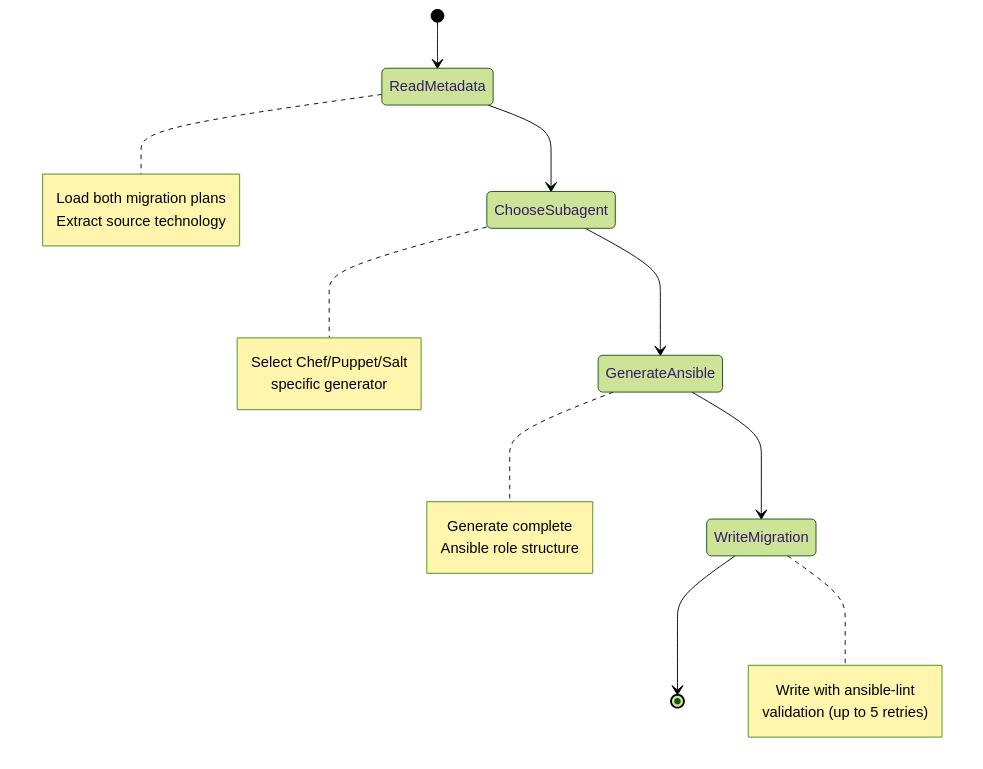
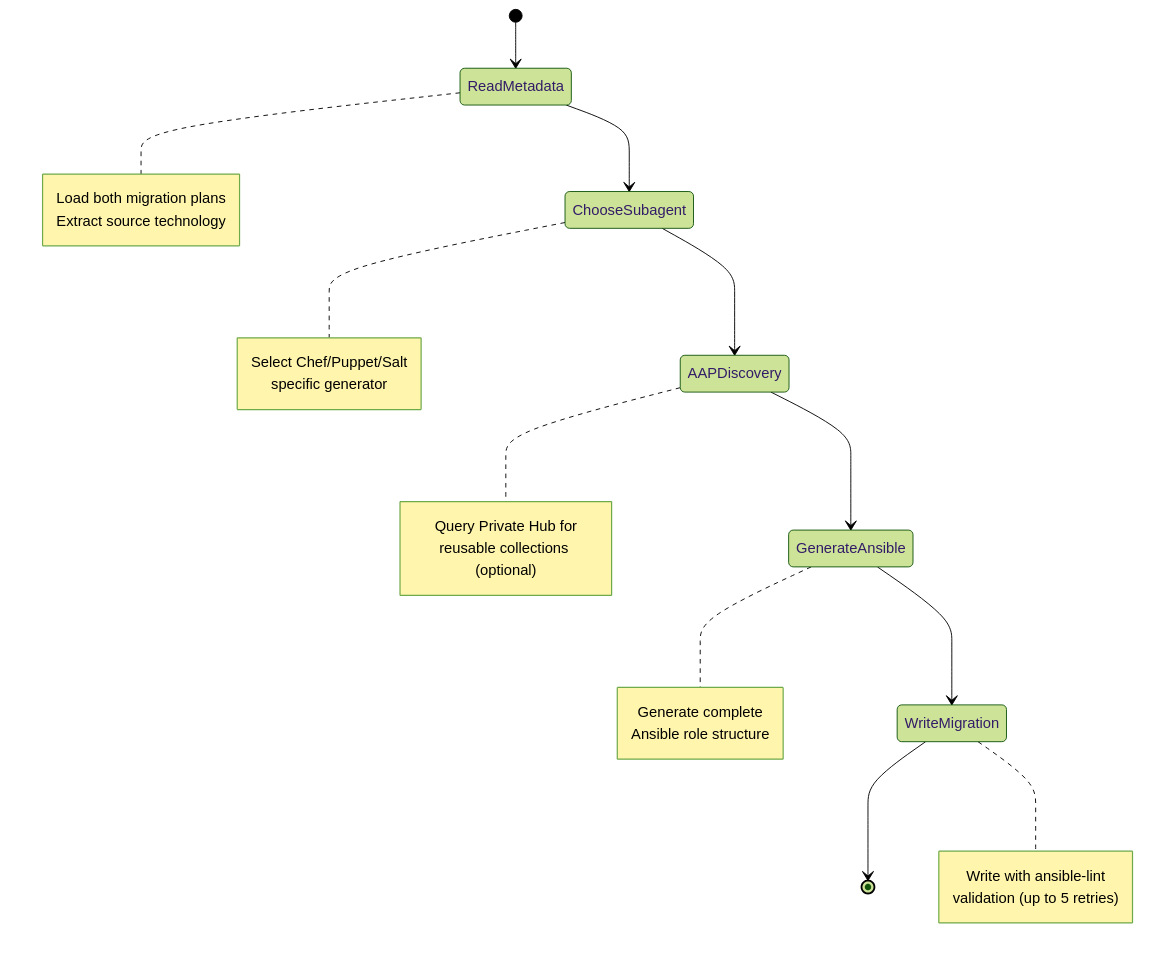
Before and after one commit to x2ansible/x2a-convertor: the second of 6 diagrams in docs/concepts/export-agents.md, drawn with Mermaid (forest theme). The commit also changed other lines of this file and 7 other files, not shown here.

````diff
--- a/docs/concepts/export-agents.md
+++ b/docs/concepts/export-agents.md
@@ -41,28 +45,34 @@
 ```mermaid
 stateDiagram-v2
     [*] --> ReadMetadata
     ReadMetadata --> ChooseSubagent
-    ChooseSubagent --> GenerateAnsible
+    ChooseSubagent --> AAPDiscovery
+    AAPDiscovery --> GenerateAnsible
     GenerateAnsible --> WriteMigration
     WriteMigration --> [*]
 
     note right of ReadMetadata
         Load both migration plans
         Extract source technology
     end note
 
     note right of ChooseSubagent
         Select Chef/Puppet/Salt
         specific generator
     end note
 
+    note right of AAPDiscovery
+        Query Private Hub for
+        reusable collections (optional)
+    end note
+
     note right of GenerateAnsible
         Generate complete
         Ansible role structure
     end note
 
     note right of WriteMigration
         Write with ansible-lint
         validation (up to 5 retries)
     end note
 ```
````
